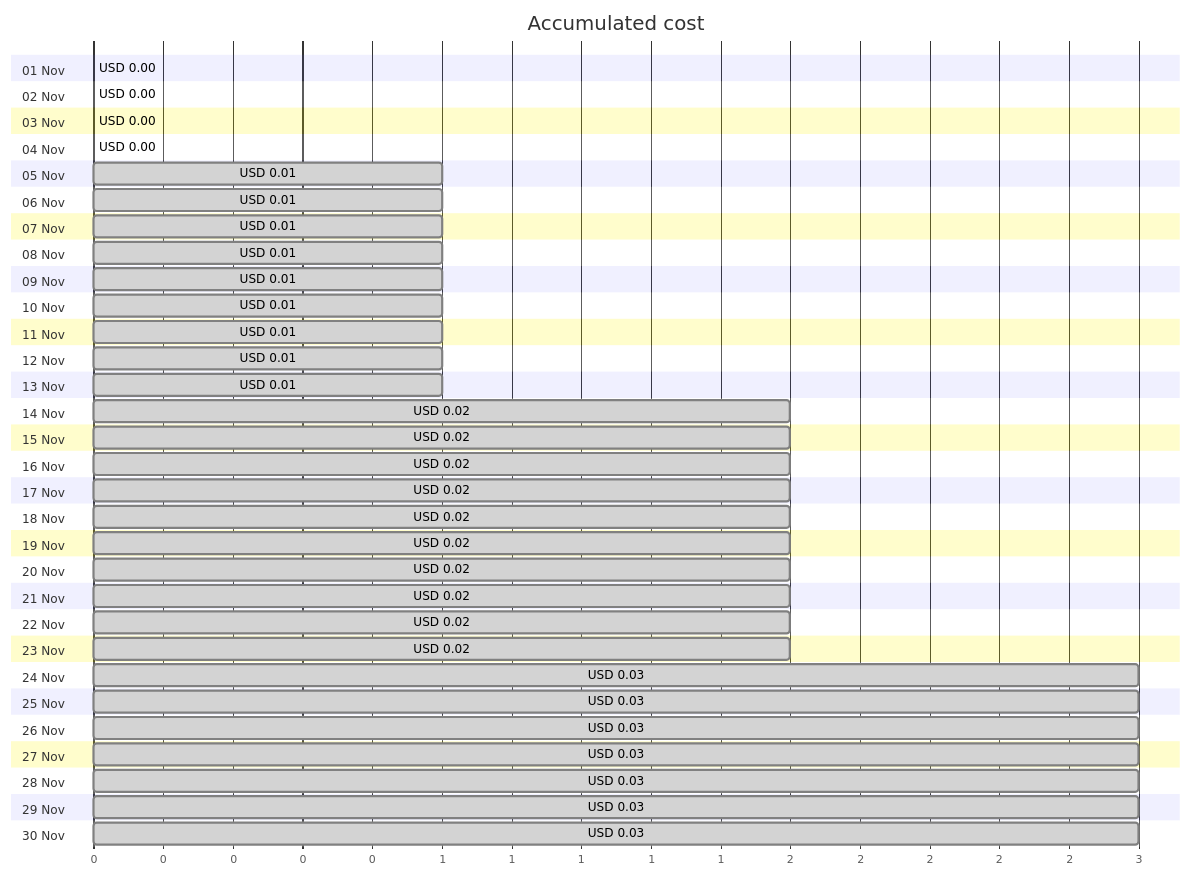
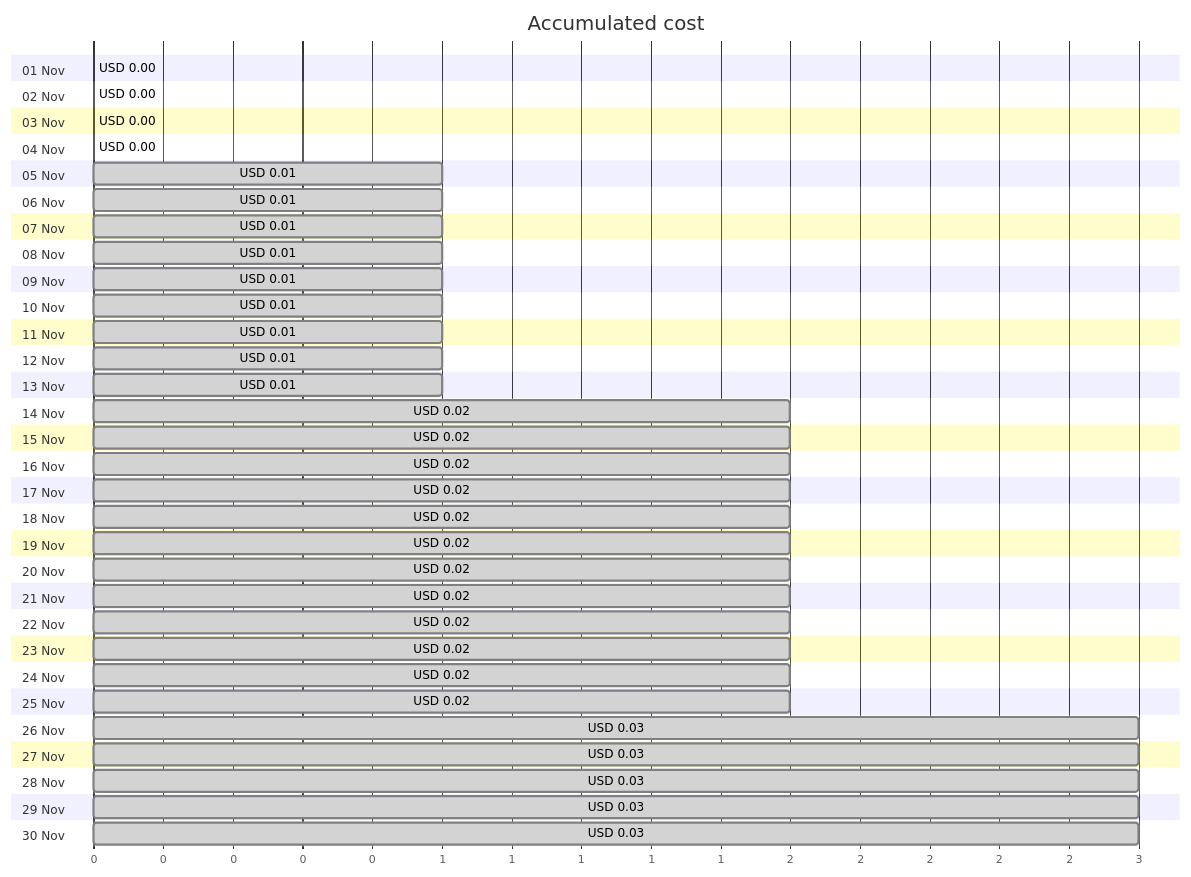
One commit to jpfulton/azure-personal-reports changed the first of 4 diagrams in cost-reports/personal-site/personalsiteapistorage.md. Above: the diagram before and after it, drawn with Mermaid. The commit also changed other lines of this file and 6 other files, not shown here.

````diff
--- a/cost-reports/personal-site/personalsiteapistorage.md
+++ b/cost-reports/personal-site/personalsiteapistorage.md
@@ -20,66 +20,66 @@
 ```mermaid
 gantt
    title Accumulated cost
    dateFormat  X
    axisFormat %s
    section 01 Nov
    USD 0.00 :0, 0
    section 02 Nov
-   USD 0.00 : done, 0, 0
+   USD 0.00 :0, 0
    section 03 Nov
    USD 0.00 : done, 0, 0
    section 04 Nov
    USD 0.00 : done, 0, 0
    section 05 Nov
    USD 0.01 : done, 0, 1
    section 06 Nov
    USD 0.01 : done, 0, 1
    section 07 Nov
    USD 0.01 : done, 0, 1
    section 08 Nov
    USD 0.01 : done, 0, 1
    section 09 Nov
    USD 0.01 : done, 0, 1
    section 10 Nov
    USD 0.01 : done, 0, 1
    section 11 Nov
    USD 0.01 : done, 0, 1
    section 12 Nov
    USD 0.01 : done, 0, 1
    section 13 Nov
    USD 0.01 : done, 0, 1
    section 14 Nov
    USD 0.02 : done, 0, 2
    section 15 Nov
    USD 0.02 : done, 0, 2
    section 16 Nov
    USD 0.02 : done, 0, 2
    section 17 Nov
    USD 0.02 : done, 0, 2
    section 18 Nov
    USD 0.02 : done, 0, 2
    section 19 Nov
    USD 0.02 : done, 0, 2
    section 20 Nov
    USD 0.02 : done, 0, 2
    section 21 Nov
    USD 0.02 : done, 0, 2
    section 22 Nov
    USD 0.02 : done, 0, 2
    section 23 Nov
    USD 0.02 : done, 0, 2
    section 24 Nov
-   USD 0.03 : done, 0, 3
+   USD 0.02 : done, 0, 2
    section 25 Nov
-   USD 0.03 : done, 0, 3
+   USD 0.02 : done, 0, 2
    section 26 Nov
    USD 0.03 : done, 0, 3
    section 27 Nov
    USD 0.03 : done, 0, 3
    section 28 Nov
    USD 0.03 : done, 0, 3
    section 29 Nov
    USD 0.03 : done, 0, 3
    section 30 Nov
    USD 0.03 : done, 0, 3
 ```
````
